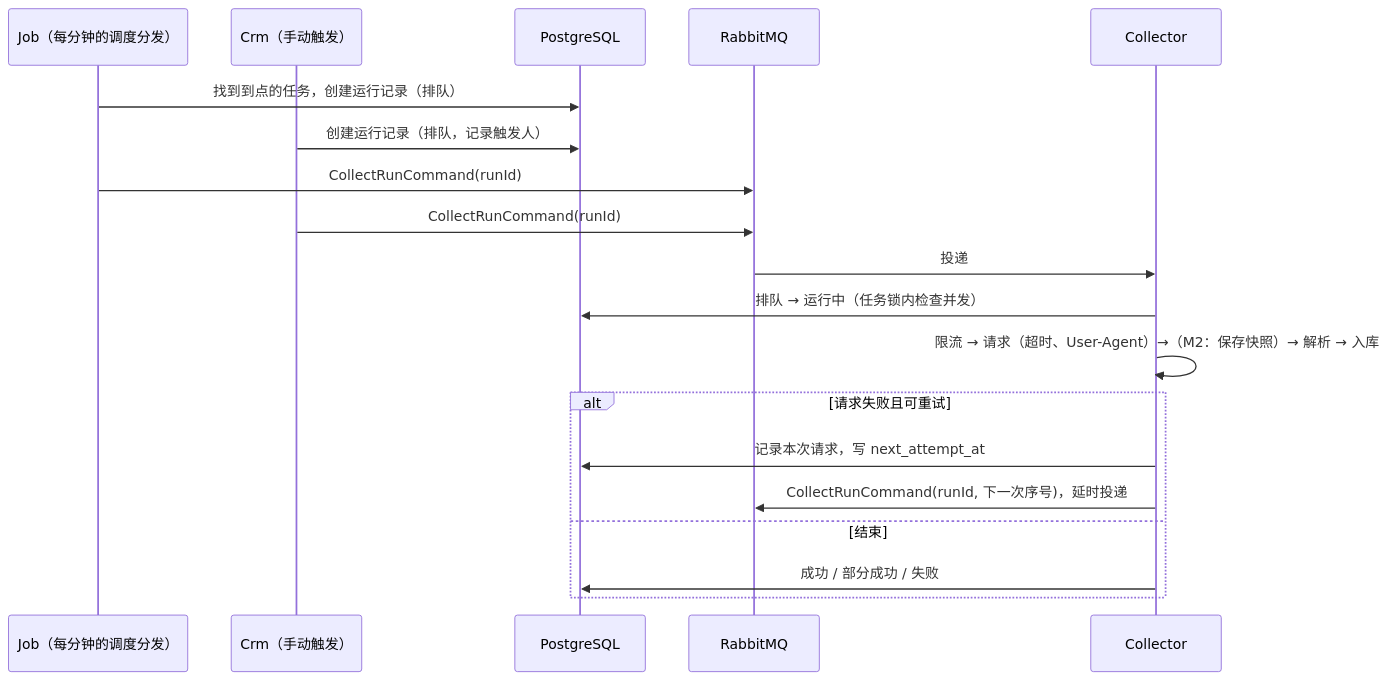
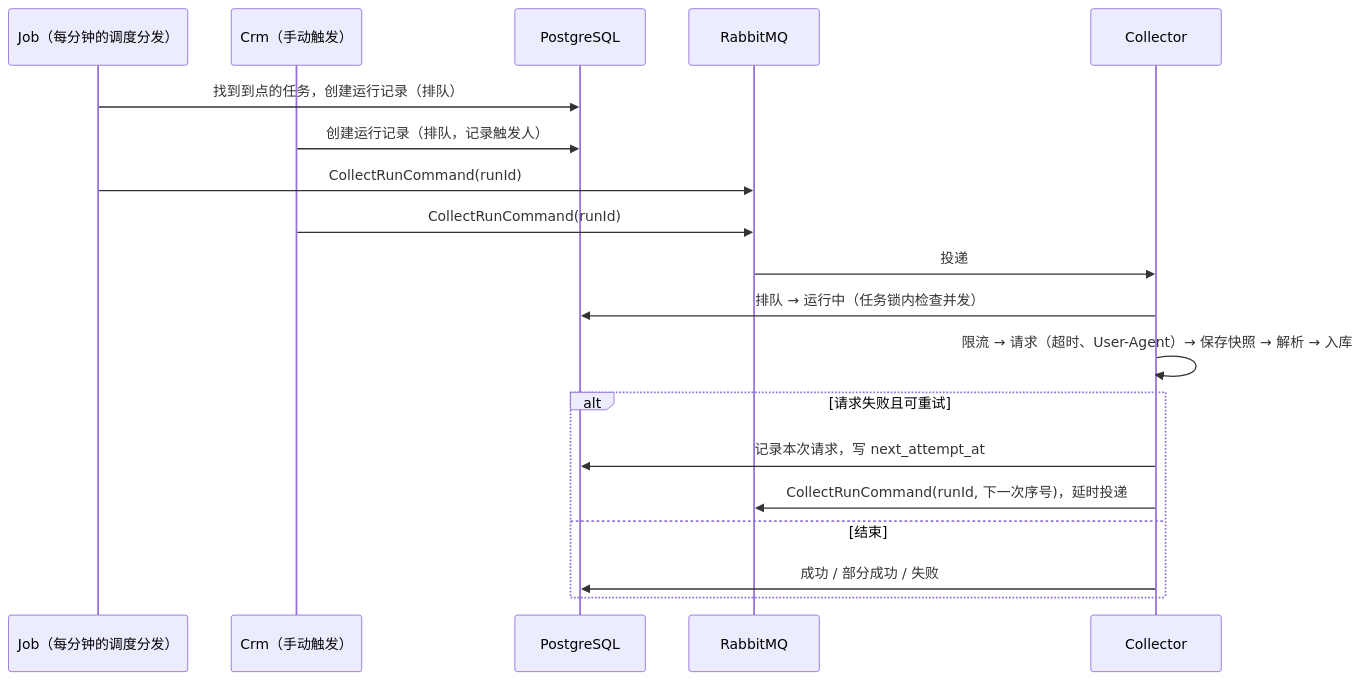
One commit to tranquilityOne/suanpan-forex changed the second of 3 diagrams in docs/design/collect.md. Above: the diagram before and after it, drawn with Mermaid. The commit also changed other lines of this file and 5 other files, not shown here.

````diff
--- a/docs/design/collect.md
+++ b/docs/design/collect.md
@@ -187,21 +225,21 @@
 ```mermaid
 sequenceDiagram
     participant J as Job（每分钟的调度分发）
     participant C as Crm（手动触发）
     participant DB as PostgreSQL
     participant MQ as RabbitMQ
     participant X as Collector
     J->>DB: 找到到点的任务，创建运行记录（排队）
     C->>DB: 创建运行记录（排队，记录触发人）
     J->>MQ: CollectRunCommand(runId)
     C->>MQ: CollectRunCommand(runId)
     MQ->>X: 投递
     X->>DB: 排队 → 运行中（任务锁内检查并发）
-    X->>X: 限流 → 请求（超时、User-Agent）→（M2：保存快照）→ 解析 → 入库
+    X->>X: 限流 → 请求（超时、User-Agent）→ 保存快照 → 解析 → 入库
     alt 请求失败且可重试
         X->>DB: 记录本次请求，写 next_attempt_at
         X->>MQ: CollectRunCommand(runId, 下一次序号)，延时投递
     else 结束
         X->>DB: 成功 / 部分成功 / 失败
     end
 ```
````
